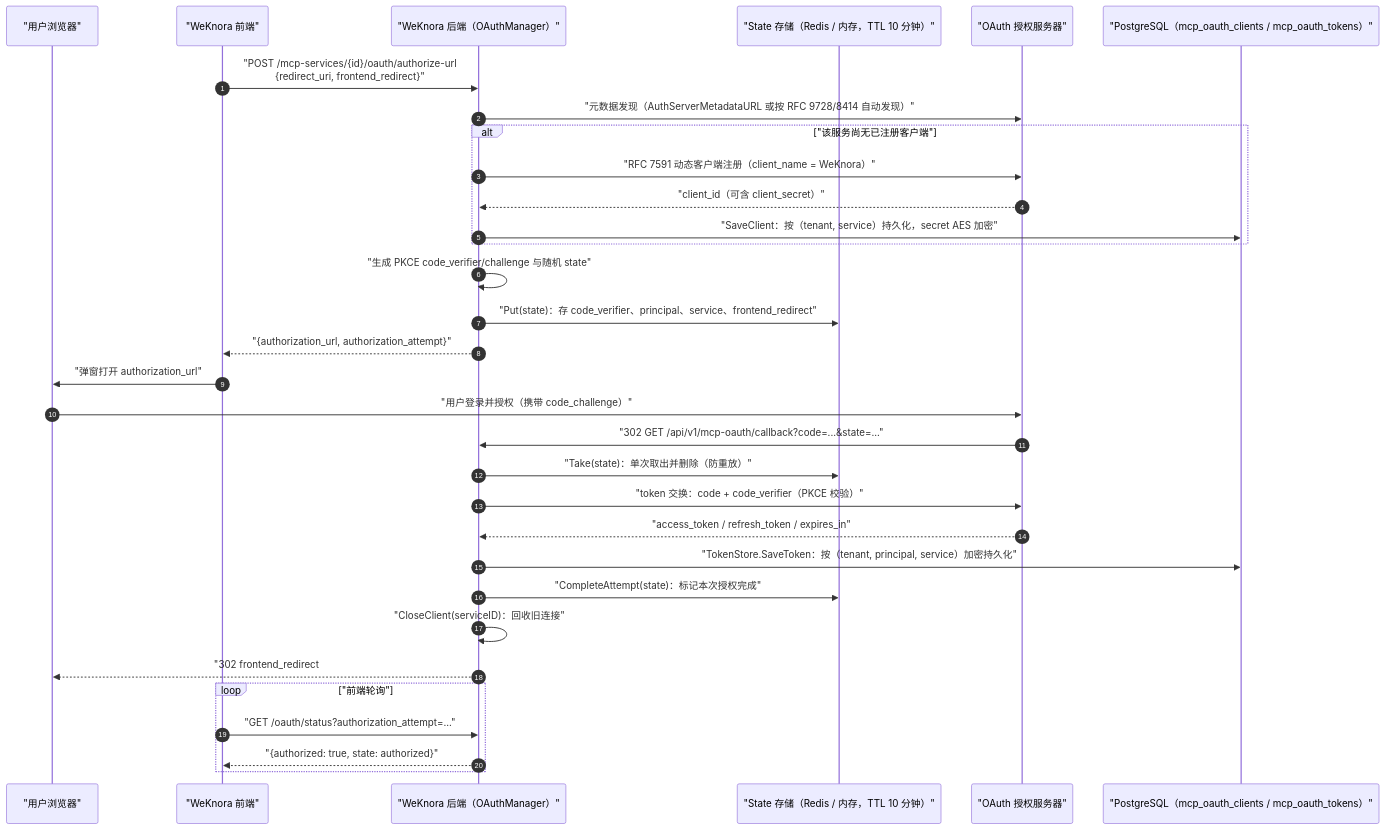
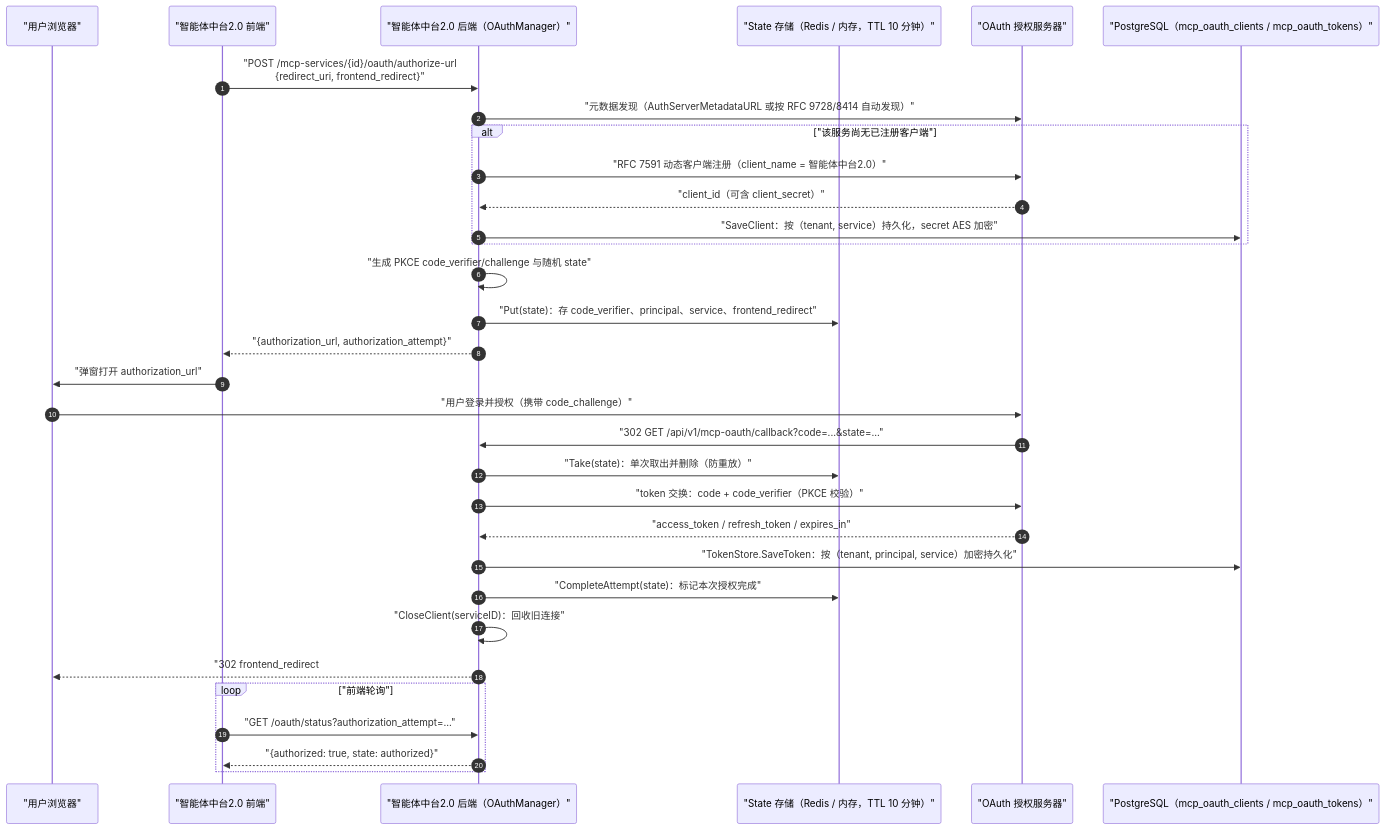
The second of 3 diagrams in apps/docs/03-features/08-mcp.md (qinlei131479/WeKnora), drawn with Mermaid before and after one commit. The commit also changed other lines of this file and 47 other files, not shown here.

````diff
--- a/apps/docs/03-features/08-mcp.md
+++ b/apps/docs/03-features/08-mcp.md
@@ -181,35 +181,35 @@
 ```mermaid
 sequenceDiagram
     autonumber
     participant B as "用户浏览器"
-    participant FE as "WeKnora 前端"
-    participant BE as "WeKnora 后端（OAuthManager）"
+    participant FE as "智能体中台2.0 前端"
+    participant BE as "智能体中台2.0 后端（OAuthManager）"
     participant ST as "State 存储（Redis / 内存，TTL 10 分钟）"
     participant AS as "OAuth 授权服务器"
     participant DB as "PostgreSQL（mcp_oauth_clients / mcp_oauth_tokens）"
 
     FE->>BE: "POST /mcp-services/{id}/oauth/authorize-url<br/>{redirect_uri, frontend_redirect}"
     BE->>AS: "元数据发现（AuthServerMetadataURL 或按 RFC 9728/8414 自动发现）"
     alt "该服务尚无已注册客户端"
-        BE->>AS: "RFC 7591 动态客户端注册（client_name = WeKnora）"
+        BE->>AS: "RFC 7591 动态客户端注册（client_name = 智能体中台2.0）"
         AS-->>BE: "client_id（可含 client_secret）"
         BE->>DB: "SaveClient：按（tenant, service）持久化，secret AES 加密"
     end
     BE->>BE: "生成 PKCE code_verifier/challenge 与随机 state"
     BE->>ST: "Put(state)：存 code_verifier、principal、service、frontend_redirect"
     BE-->>FE: "{authorization_url, authorization_attempt}"
     FE->>B: "弹窗打开 authorization_url"
     B->>AS: "用户登录并授权（携带 code_challenge）"
     AS->>BE: "302 GET /api/v1/mcp-oauth/callback?code=...&state=..."
     BE->>ST: "Take(state)：单次取出并删除（防重放）"
     BE->>AS: "token 交换：code + code_verifier（PKCE 校验）"
     AS-->>BE: "access_token / refresh_token / expires_in"
     BE->>DB: "TokenStore.SaveToken：按（tenant, principal, service）加密持久化"
     BE->>ST: "CompleteAttempt(state)：标记本次授权完成"
     BE->>BE: "CloseClient(serviceID)：回收旧连接"
     BE-->>B: "302 frontend_redirect#mcp_oauth_result=success"
     loop "前端轮询"
         FE->>BE: "GET /oauth/status?authorization_attempt=..."
         BE-->>FE: "{authorized: true, state: authorized}"
     end
 ```
````
